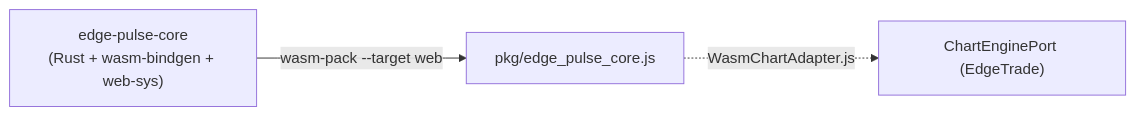
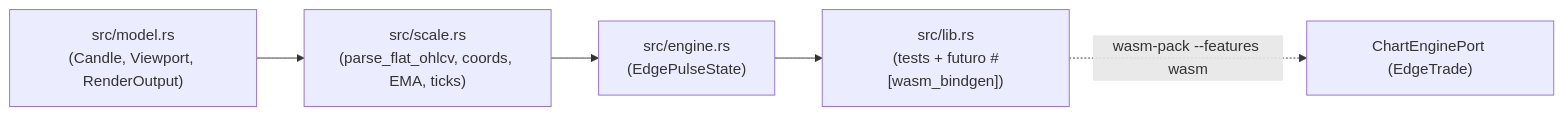
One commit to xolotl-hub/edgepulse changed the diagram in overview/architecture.md. Above: the diagram before and after it, drawn with Mermaid. The commit also changed other lines of this file and 7 other files, not shown here.

Commit message:
feat: implement pure Rust core for edge-pulse-core (model, scale, engine + 5 tests)

````diff
--- a/overview/architecture.md
+++ b/overview/architecture.md
@@ -5,5 +5,7 @@
 ```mermaid
 graph LR
-    CORE["edge-pulse-core\n(Rust + wasm-bindgen + web-sys)"] -->|wasm-pack --target web| PKG["pkg/edge_pulse_core.js"]
-    PKG -.->|WasmChartAdapter.js| PORT["ChartEnginePort (EdgeTrade)"]
+    MOD["src/model.rs\n(Candle, Viewport, RenderOutput)"] --> SCL["src/scale.rs\n(parse_flat_ohlcv, coords, EMA, ticks)"]
+    SCL --> ENG["src/engine.rs\n(EdgePulseState)"]
+    ENG --> LIB["src/lib.rs\n(tests + futuro #[wasm_bindgen])"]
+    LIB -.->|wasm-pack --features wasm| PORT["ChartEnginePort (EdgeTrade)"]
 ```
````
